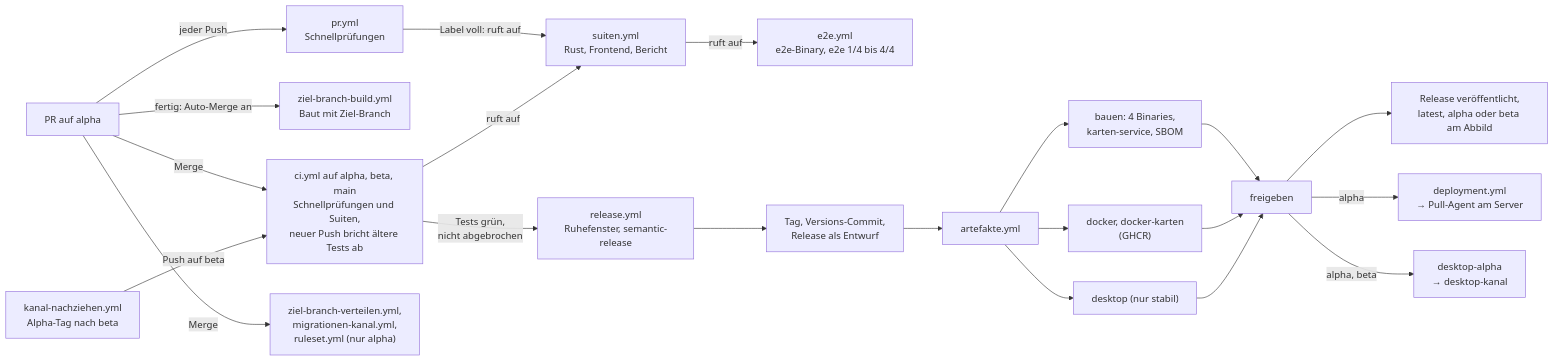
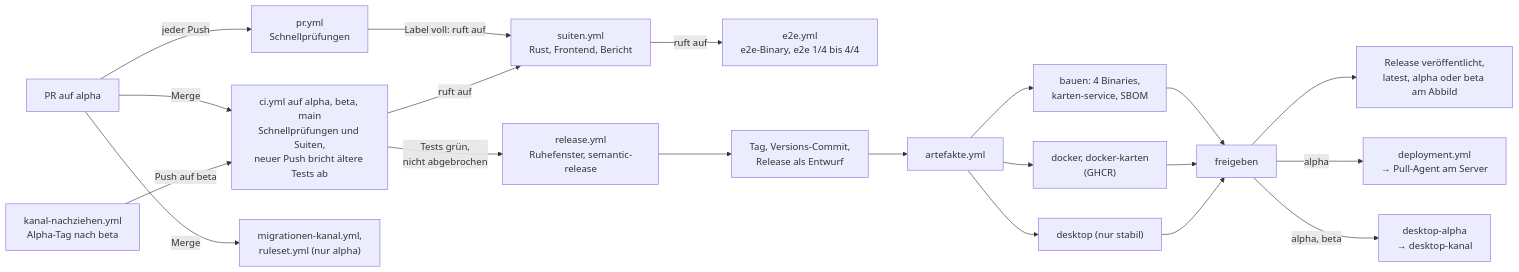
The second of 2 diagrams in docs/architektur/07-verteilungssicht.md (rubenvitt/lifeline-hub), drawn with Mermaid before and after one commit. The commit also changed other lines of this file and 6 other files, not shown here.

First line of the commit message:
docs(ci): ADR-0049 ersetzt ADR-0030, Regeln ohne Baut mit Ziel-Branch (LLH-1899)

````diff
--- a/docs/architektur/07-verteilungssicht.md
+++ b/docs/architektur/07-verteilungssicht.md
@@ -142,23 +142,22 @@
 ```mermaid
 flowchart LR
   PR["PR auf alpha"] -->|jeder Push| CIPR["pr.yml<br/>Schnellprüfungen"]
-  PR -->|"fertig: Auto-Merge an"| ZB["ziel-branch-build.yml<br/>Baut mit Ziel-Branch"]
   PR -->|Merge| CI["ci.yml auf alpha, beta, main<br/>Schnellprüfungen und Suiten,<br/>neuer Push bricht ältere Tests ab"]
-  PR -->|Merge| KAN["ziel-branch-verteilen.yml,<br/>migrationen-kanal.yml,<br/>ruleset.yml (nur alpha)"]
+  PR -->|Merge| KAN["migrationen-kanal.yml,<br/>ruleset.yml (nur alpha)"]
   CIPR -->|"Label voll: ruft auf"| SU["suiten.yml<br/>Rust, Frontend, Bericht"]
   CI -->|ruft auf| SU
   SU -->|ruft auf| E2E["e2e.yml<br/>e2e-Binary, e2e 1/4 bis 4/4"]
   CI -->|"Tests grün,<br/>nicht abgebrochen"| REL["release.yml<br/>Ruhefenster, semantic-release"]
   REL --> TAG["Tag, Versions-Commit,<br/>Release als Entwurf"]
   TAG --> ART["artefakte.yml"]
   ART --> B["bauen: 4 Binaries,<br/>karten-service, SBOM"]
   ART --> D["docker, docker-karten<br/>(GHCR)"]
   ART --> DS["desktop (nur stabil)"]
   NZ["kanal-nachziehen.yml<br/>Alpha-Tag nach beta"] -->|Push auf beta| CI
   B --> F["freigeben"]
   D --> F
   DS --> F
   F --> PUB["Release veröffentlicht,<br/>latest, alpha oder beta am Abbild"]
   F -->|alpha| DEP["deployment.yml<br/>→ Pull-Agent am Server"]
   F -->|alpha, beta| DA["desktop-alpha<br/>→ desktop-kanal"]
 ```
````
